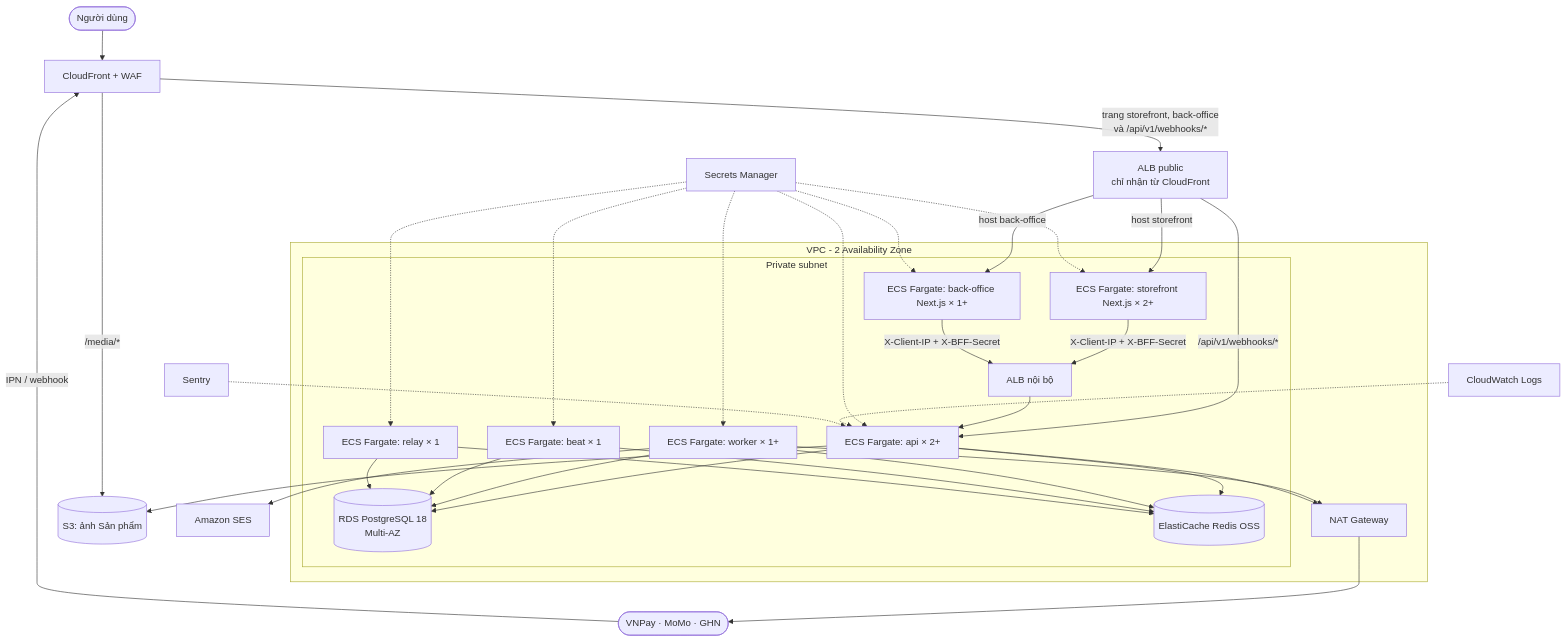
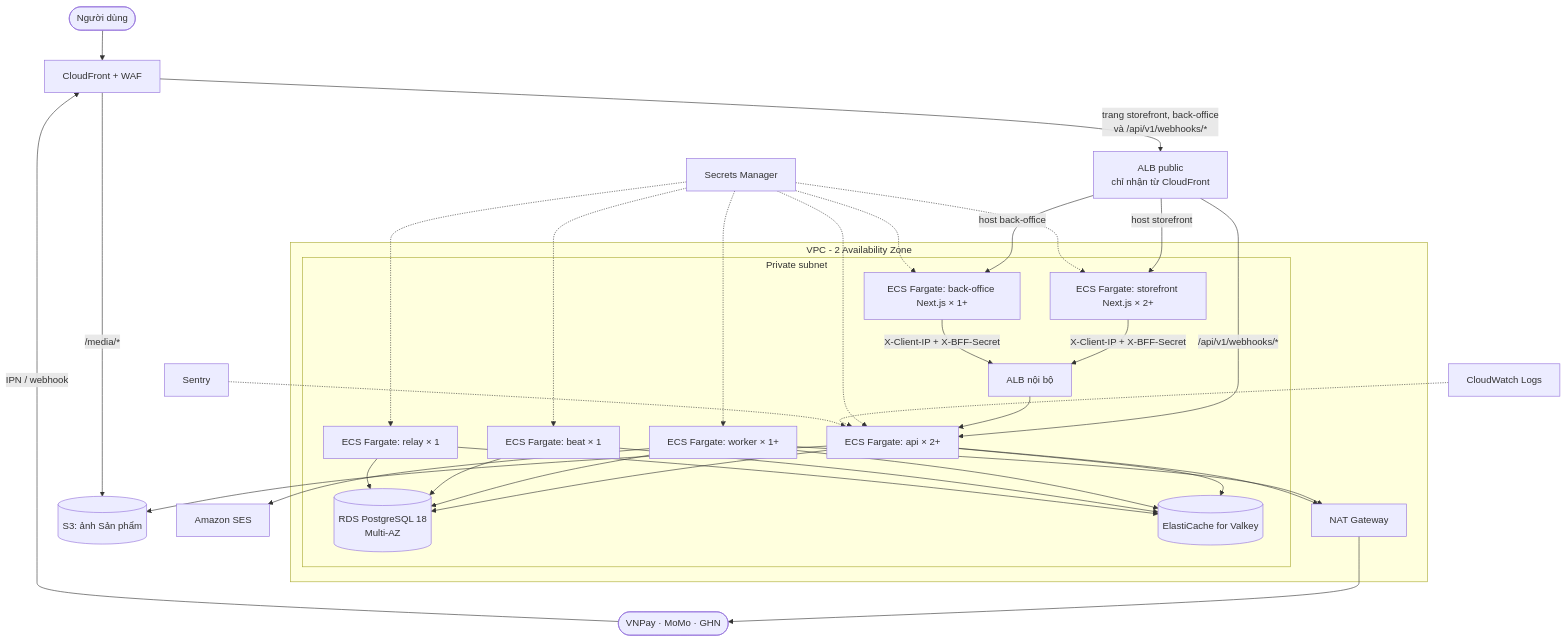
Before and after one commit to LuongCongThanh/boilerplate-ecommerce-next-16: the diagram in docs/architecture/09-deployment-aws-target.md, drawn with Mermaid. The commit also changed other lines of this file and 4 other files, not shown here.

First line of the commit message:
docs: run PostgreSQL and Valkey in Compose and target ElastiCache for Valkey

````diff
--- a/docs/architecture/09-deployment-aws-target.md
+++ b/docs/architecture/09-deployment-aws-target.md
@@ -9,50 +9,50 @@
 ```mermaid
 graph TB
     users([Người dùng]) --> cf[CloudFront + WAF]
     providers([VNPay · MoMo · GHN]) -->|IPN / webhook| cf
     cf -->|/media/*| s3[(S3: ảnh Sản phẩm)]
     cf -->|trang storefront, back-office<br/>và /api/v1/webhooks/*| alb[ALB public<br/>chỉ nhận từ CloudFront]
 
     subgraph vpc [VPC - 2 Availability Zone]
         subgraph private [Private subnet]
             sf[ECS Fargate: storefront Next.js × 2+]
             bo[ECS Fargate: back-office Next.js × 1+]
             ialb[ALB nội bộ]
             api[ECS Fargate: api × 2+]
             worker[ECS Fargate: worker × 1+]
             beat[ECS Fargate: beat × 1]
             relay[ECS Fargate: relay × 1]
             rds[(RDS PostgreSQL 18<br/>Multi-AZ)]
-            redis[(ElastiCache Redis OSS)]
+            redis[(ElastiCache for Valkey)]
         end
         nat[NAT Gateway]
     end
 
     alb -->|host storefront| sf
     alb -->|host back-office| bo
     alb -->|/api/v1/webhooks/*| api
     sf -->|X-Client-IP + X-BFF-Secret| ialb
     bo -->|X-Client-IP + X-BFF-Secret| ialb
     ialb --> api
     api --> rds
     api --> redis
     worker --> rds
     worker --> redis
     beat --> rds
     beat --> redis
     relay --> rds
     relay --> redis
     worker --> nat
     api --> nat
     nat --> providers
     worker --> ses[Amazon SES]
     api --> s3
     secrets[Secrets Manager] -.-> api
     secrets -.-> worker
     secrets -.-> beat
     secrets -.-> relay
     secrets -.-> sf
     secrets -.-> bo
     logs[CloudWatch Logs] -.-> api
     sentry[Sentry] -.-> api
 ```
````
